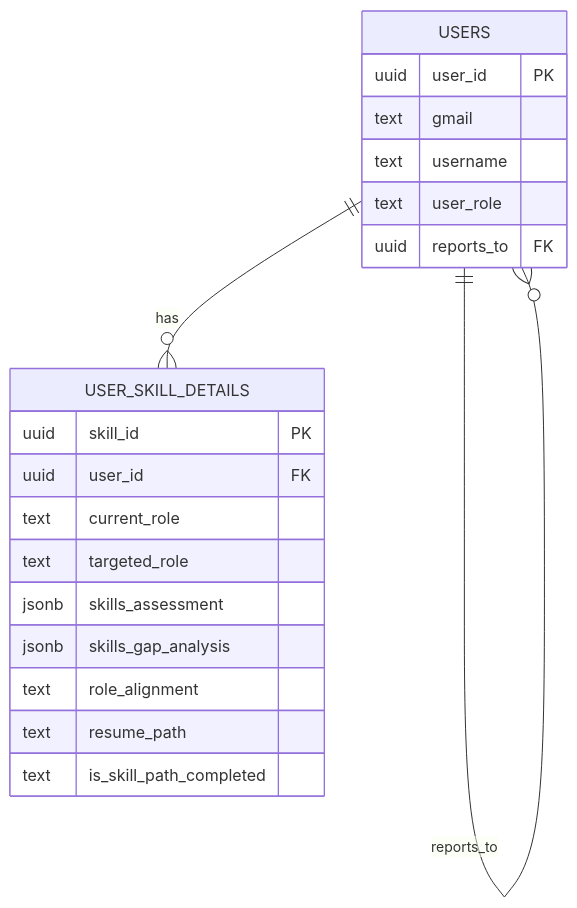
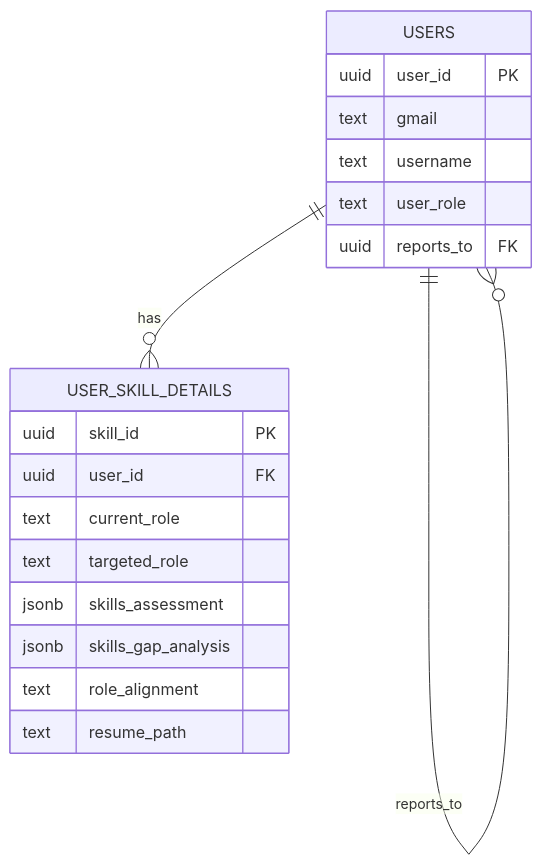
The third of 3 diagrams in ARCHITECTURE.md (GreeshmakRaj/levelup-skill-profiler), drawn with Mermaid before and after one commit. The commit also changed other lines of this file and 27 other files, not shown here.

````diff
--- a/ARCHITECTURE.md
+++ b/ARCHITECTURE.md
@@ -42,23 +29,22 @@
 ```mermaid
 erDiagram
     USERS ||--o{ USER_SKILL_DETAILS : has
     USERS ||--o{ USERS : reports_to
     USERS {
         uuid user_id PK
         text gmail
         text username
         text user_role
         uuid reports_to FK
     }
     USER_SKILL_DETAILS {
         uuid skill_id PK
         uuid user_id FK
         text current_role
         text targeted_role
         jsonb skills_assessment
         jsonb skills_gap_analysis
         text role_alignment
         text resume_path
-        text is_skill_path_completed
     }
 ```
````
